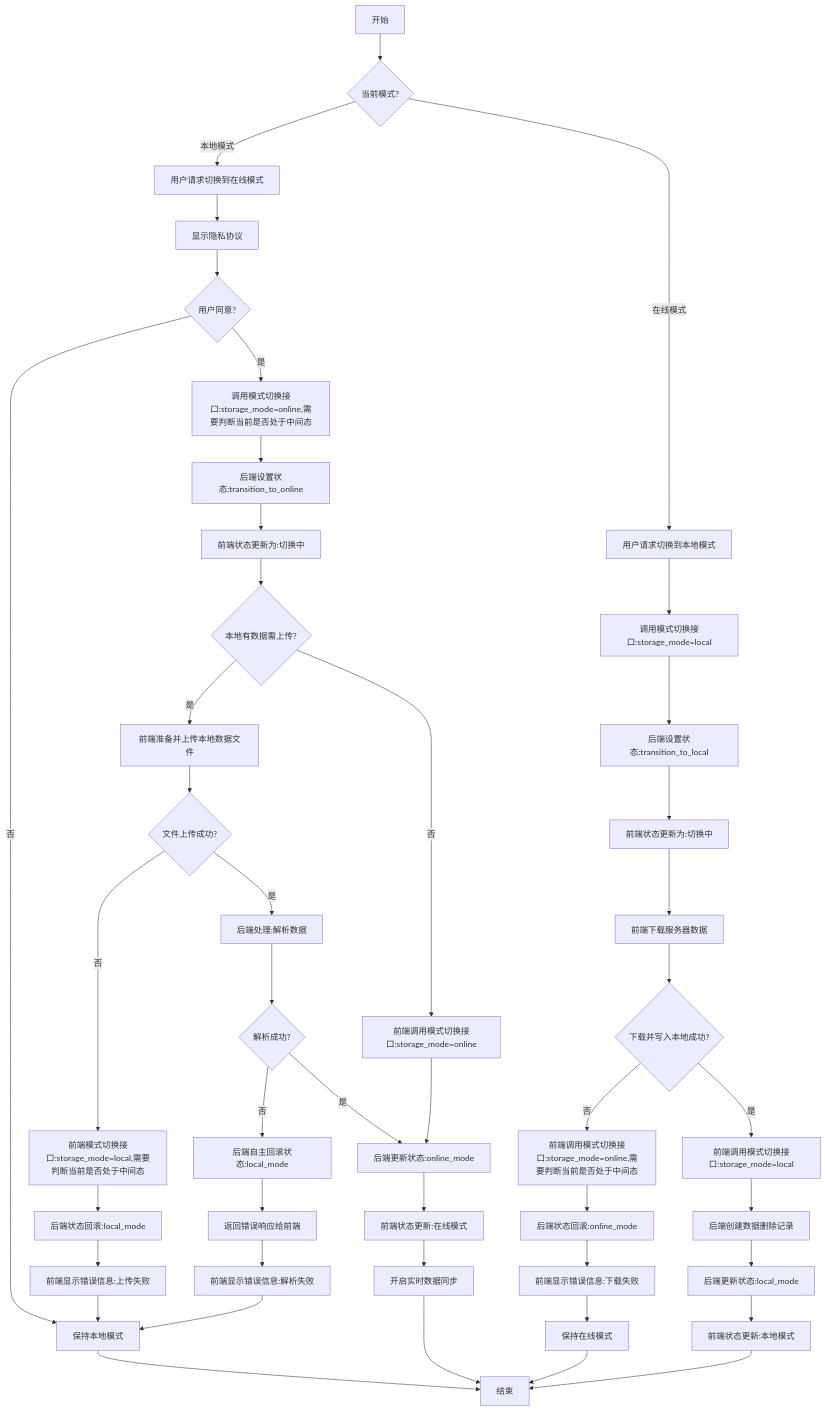
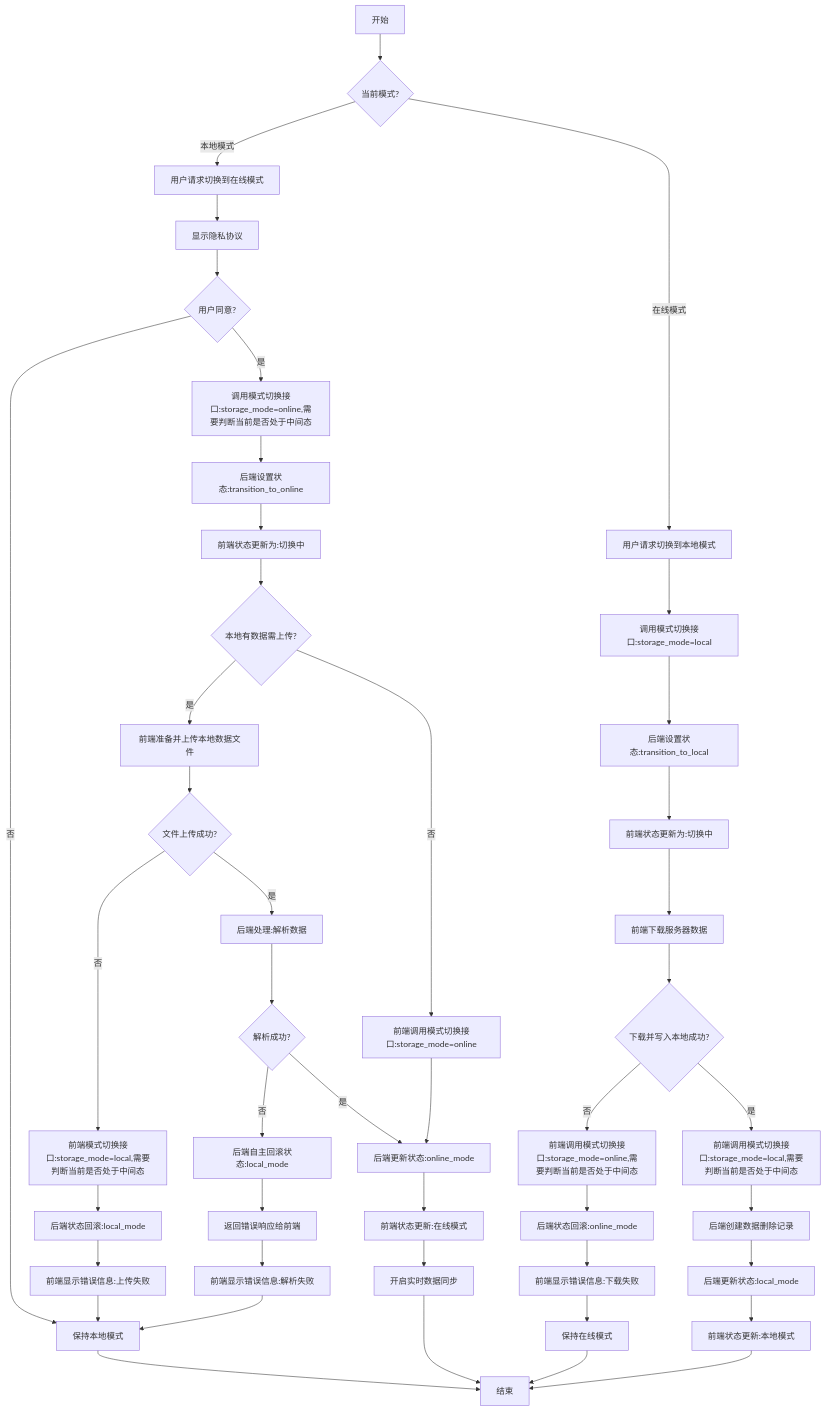
One commit to yingjianzh/iodraw-files changed the diagram in all/未命名-58.md. Above: the diagram before and after it, drawn with Mermaid.

Commit message:
2025-05-14 10:48:36 update

````diff
--- a/all/未命名-58.md
+++ b/all/未命名-58.md
@@ -1,68 +1,68 @@
 ```mermaid
 flowchart TD
     A[开始] --> B{当前模式?}
     
     %% 本地模式转在线模式
     B -->|本地模式| C[用户请求切换到在线模式]
     C --> D[显示隐私协议]
     D --> E{用户同意?}
 
     E -->|否| F[保持本地模式]
     F --> Z[结束]
     
     E -->|是| G[调用模式切换接口:storage_mode=online,需要判断当前是否处于中间态]
     G --> H[后端设置状态:transition_to_online]
     H --> I[前端状态更新为:切换中]
     
     I --> J{本地有数据需上传?}
     
     %% 有本地数据需上传的情况
     J -->|是| K[前端准备并上传本地数据文件]
     K --> L{文件上传成功?}
     
     %% 上传失败的情况
     L -->|否| M[前端模式切换接口:storage_mode=local,需要判断当前是否处于中间态]
     M --> N[后端状态回滚:local_mode]
     N --> O[前端显示错误信息:上传失败]
     O --> F
     
     %% 上传成功但解析失败的情况
     L -->|是| P[后端处理:解析数据]
     P --> Q{解析成功?}
     Q -->|否| R[后端自主回滚状态:local_mode]
     R --> S[返回错误响应给前端]
     S --> T[前端显示错误信息:解析失败]
     T --> F
     
     %% 全部成功的情况
     Q -->|是| U[后端更新状态:online_mode]
     J -->|否| V[前端调用模式切换接口:storage_mode=online]
     V --> U
     
     U --> W[前端状态更新:在线模式]
     W --> X[开启实时数据同步]
     X --> Z
     
     %% 在线模式转本地模式
     B -->|在线模式| AA[用户请求切换到本地模式]
     AA --> AB[调用模式切换接口:storage_mode=local]
     AB --> AC[后端设置状态:transition_to_local]
     AC --> AD[前端状态更新为:切换中]
     
     AD --> AE[前端下载服务器数据]
     AE --> AF{下载并写入本地成功?}
     
     %% 下载失败的情况
     AF -->|否| AG[前端调用模式切换接口:storage_mode=online,需要判断当前是否处于中间态]
     AG --> AH[后端状态回滚:online_mode]
     AH --> AI[前端显示错误信息:下载失败]
     AI --> AJ[保持在线模式]
     AJ --> Z
     
     %% 下载成功的情况
-    AF -->|是| AK[前端调用模式切换接口:storage_mode=local]
+    AF -->|是| AK[前端调用模式切换接口:storage_mode=local,需要判断当前是否处于中间态]
     AK --> AL[后端创建数据删除记录]
     AL --> AM[后端更新状态:local_mode]
     AM --> AN[前端状态更新:本地模式]
     AN --> Z
 ```
````
